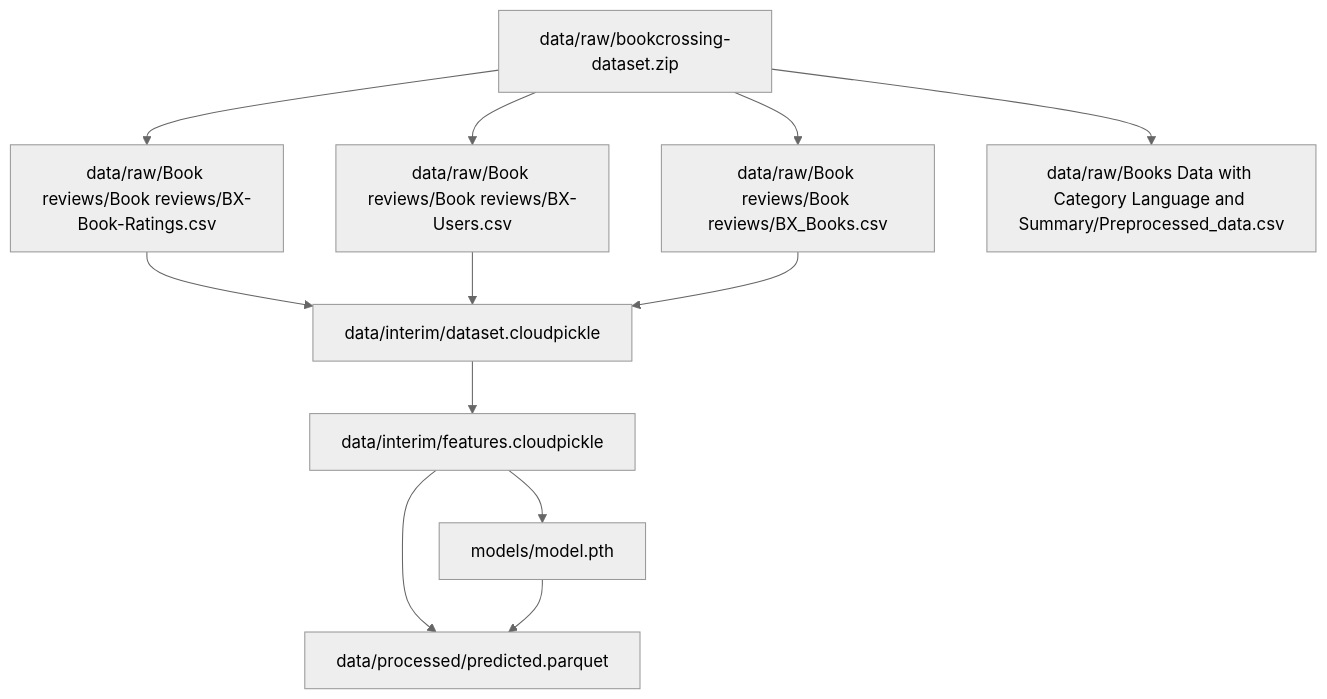
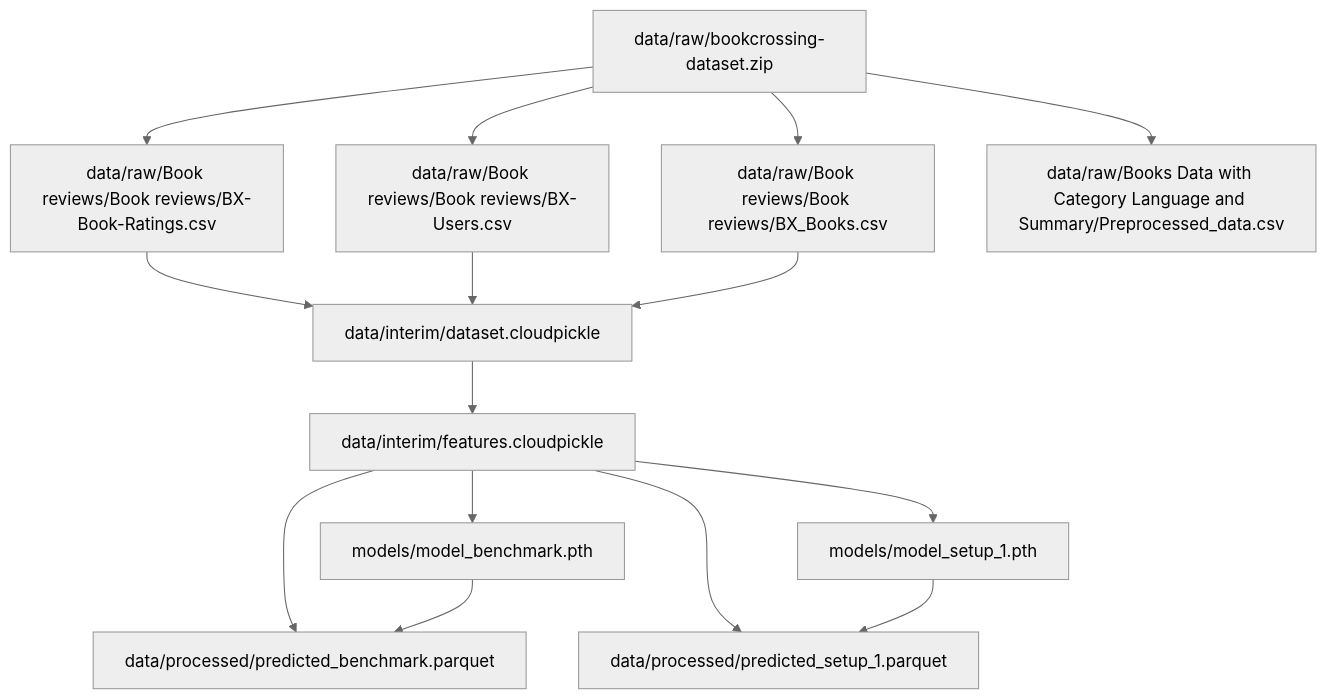
Before and after one commit to u-masao/two-tower-model-tutorial: the second of 2 diagrams in PIPELINE.md, drawn with Mermaid (neutral theme). The commit also changed other lines of this file, not shown here.

Commit message:
update dvc pipeline

````diff
--- a/PIPELINE.md
+++ b/PIPELINE.md
@@ -27,23 +32,28 @@
 ```mermaid
 flowchart TD
 	node1["data/interim/dataset.cloudpickle"]
 	node2["data/interim/features.cloudpickle"]
-	node3["data/processed/predicted.parquet"]
-	node4["data/raw/Book reviews/Book reviews/BX-Book-Ratings.csv"]
-	node5["data/raw/Book reviews/Book reviews/BX-Users.csv"]
-	node6["data/raw/Book reviews/Book reviews/BX_Books.csv"]
-	node7["data/raw/Books Data with Category Language and Summary/Preprocessed_data.csv"]
-	node8["data/raw/bookcrossing-dataset.zip"]
-	node9["models/model.pth"]
+	node3["data/processed/predicted_benchmark.parquet"]
+	node4["data/processed/predicted_setup_1.parquet"]
+	node5["data/raw/Book reviews/Book reviews/BX-Book-Ratings.csv"]
+	node6["data/raw/Book reviews/Book reviews/BX-Users.csv"]
+	node7["data/raw/Book reviews/Book reviews/BX_Books.csv"]
+	node8["data/raw/Books Data with Category Language and Summary/Preprocessed_data.csv"]
+	node9["data/raw/bookcrossing-dataset.zip"]
+	node10["models/model_benchmark.pth"]
+	node11["models/model_setup_1.pth"]
 	node1-->node2
 	node2-->node3
-	node2-->node9
-	node4-->node1
+	node2-->node4
+	node2-->node10
+	node2-->node11
 	node5-->node1
 	node6-->node1
-	node8-->node4
-	node8-->node5
-	node8-->node6
-	node8-->node7
-	node9-->node3
+	node7-->node1
+	node9-->node5
+	node9-->node6
+	node9-->node7
+	node9-->node8
+	node10-->node3
+	node11-->node4
 ```
````
